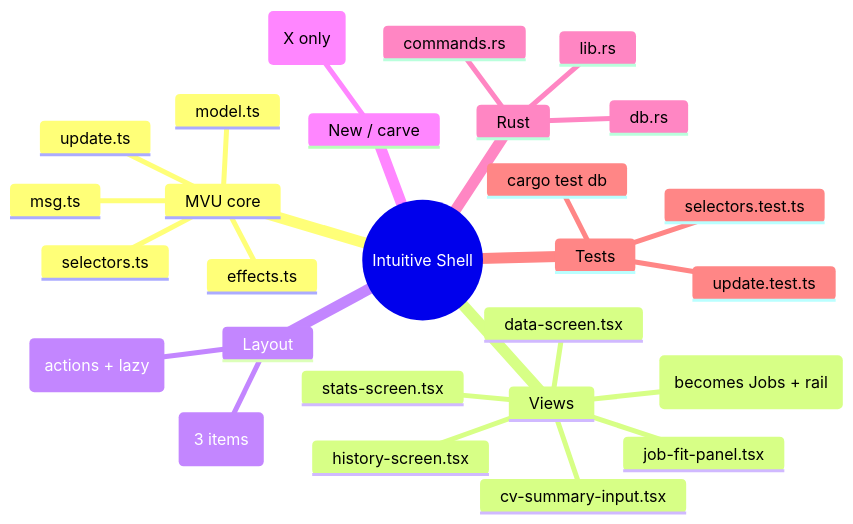
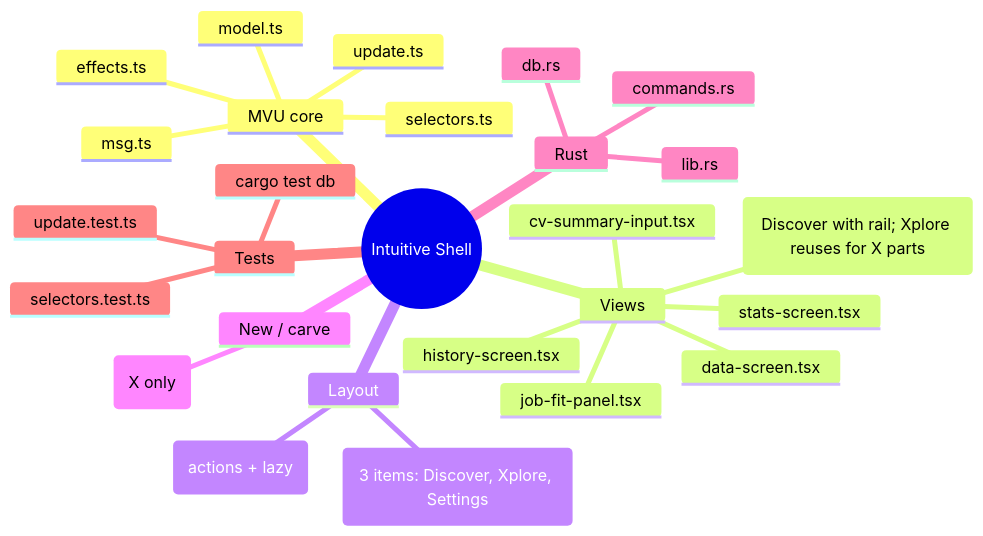
The ninth of 18 diagrams in reports/intuitive-shell-plan.md (p10ns11y/collab-finder), drawn with Mermaid before and after one commit. The commit also changed other lines of this file and 2 other files, not shown here.

First line of the commit message:
docs: update reports for Discover/Xplore terminology and code reality

````diff
--- a/reports/intuitive-shell-plan.md
+++ b/reports/intuitive-shell-plan.md
@@ -259,30 +259,30 @@
 ```mermaid
 mindmap
   root((Intuitive Shell))
     MVU core
       update.ts
       effects.ts
       model.ts
       selectors.ts
       msg.ts
     Views
-      discover-screen.tsx (becomes Jobs + rail)
+      discover-screen.tsx (Discover with rail; Xplore reuses for X parts)
       history-screen.tsx
       data-screen.tsx
       stats-screen.tsx
       job-fit-panel.tsx
       cv-summary-input.tsx
     Layout
-      sidebar-nav.tsx (3 items)
+      sidebar-nav.tsx (3 items: Discover, Xplore, Settings)
       command-palette.tsx (actions + lazy)
     New / carve
-      Hunt (X only)
+      Xplore (X only)
     Rust
       lib.rs
       db.rs
       commands.rs
     Tests
       update.test.ts
       selectors.test.ts
       cargo test db
 ```
````
